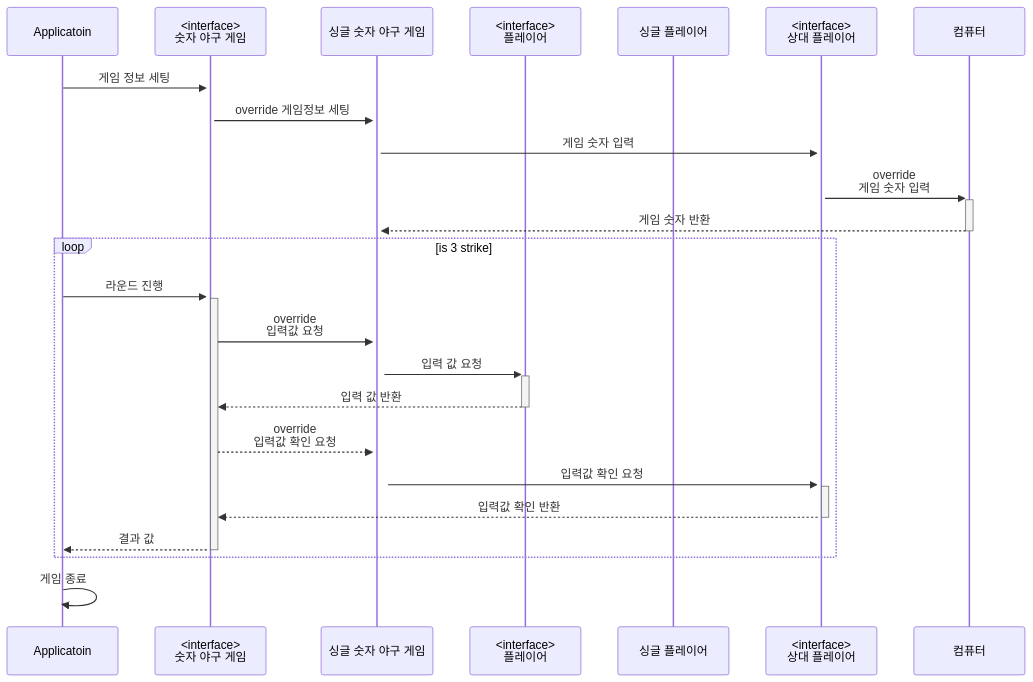
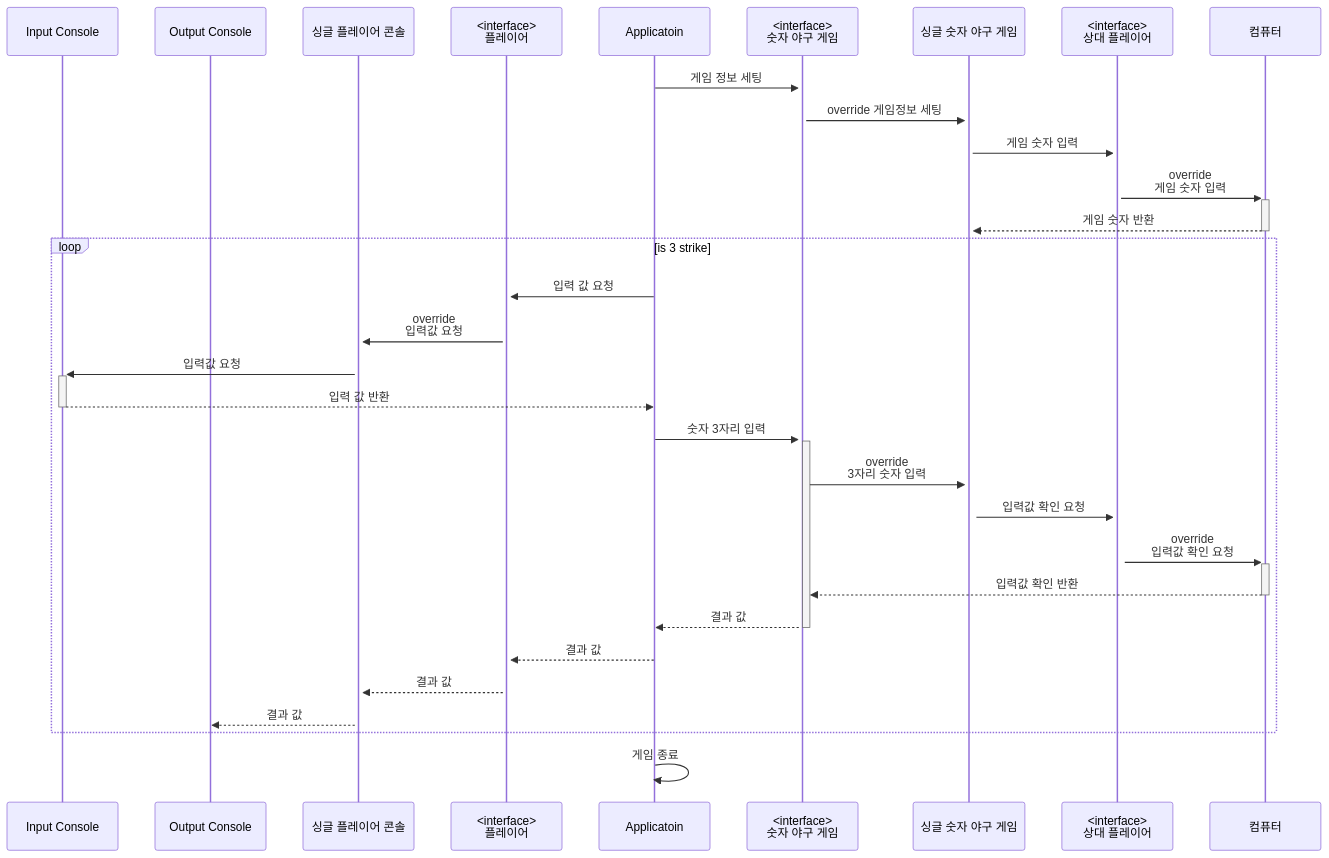
The second of 2 diagrams in docs/README.md (woowacourse-precourse/java-baseball-6), drawn with Mermaid before and after one commit. The commit also changed other lines of this file, not shown here.

````diff
--- a/docs/README.md
+++ b/docs/README.md
@@ -58,28 +96,35 @@
 ```mermaid
 sequenceDiagram
+    participant input as Input Console
+    participant output as Output Console
+    participant singlePlayer as 싱글 플레이어 콘솔
+    participant player as <interface><br>플레이어
     participant app as Applicatoin
     participant game as <interface><br>숫자 야구 게임
     participant singleGame as 싱글 숫자 야구 게임
-    participant player as <interface><br>플레이어
-    participant singlePlayer as 싱글 플레이어
     participant other as <interface><br>상대 플레이어
     participant com as 컴퓨터
 
 
     app ->>+ game: 게임 정보 세팅
     game ->>+ singleGame: override 게임정보 세팅
     singleGame ->>+ other: 게임 숫자 입력
     other->>+ com: override<br>게임 숫자 입력
     com -->>- singleGame: 게임 숫자 반환
     loop is 3 strike
-        app ->>+ game: 라운드 진행
-        game->>+singleGame: override<br>입력값 요청
-        singleGame ->>+ player: 입력 값 요청
-        player -->>- game: 입력 값 반환
-        game-->>+singleGame: override<br> 입력값 확인 요청
+        app ->>+ player: 입력 값 요청
+        player ->>+ singlePlayer: override<br> 입력값 요청
+        singlePlayer ->>+ input: 입력값 요청
+        input -->>- app: 입력 값 반환
+        app ->>+ game: 숫자 3자리 입력
+        game->>+singleGame: override<br>3자리 숫자 입력
         singleGame ->>+ other: 입력값 확인 요청
-        other -->>- game: 입력값 확인 반환
+        other ->>+ com: override<br> 입력값 확인 요청
+        com -->>- game: 입력값 확인 반환
         game -->>- app: 결과 값
+        app -->> player: 결과 값
+        player -->> singlePlayer: 결과 값
+        singlePlayer -->> output: 결과 값
     end
     app ->> app: 게임 종료
 ```
````
